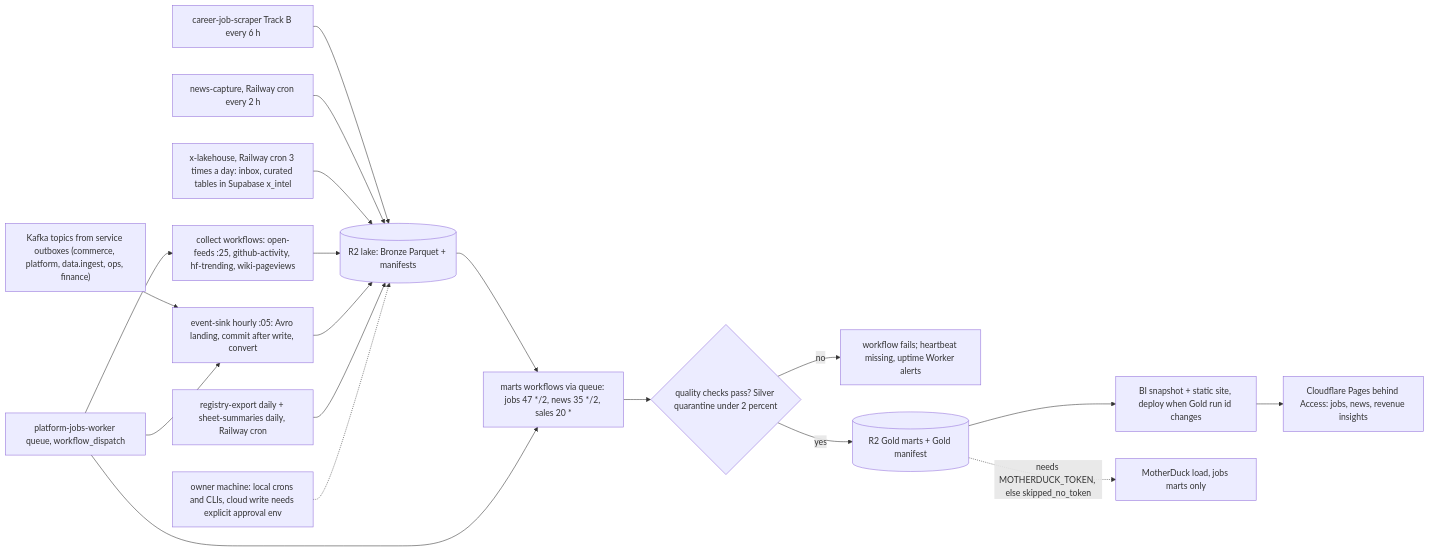
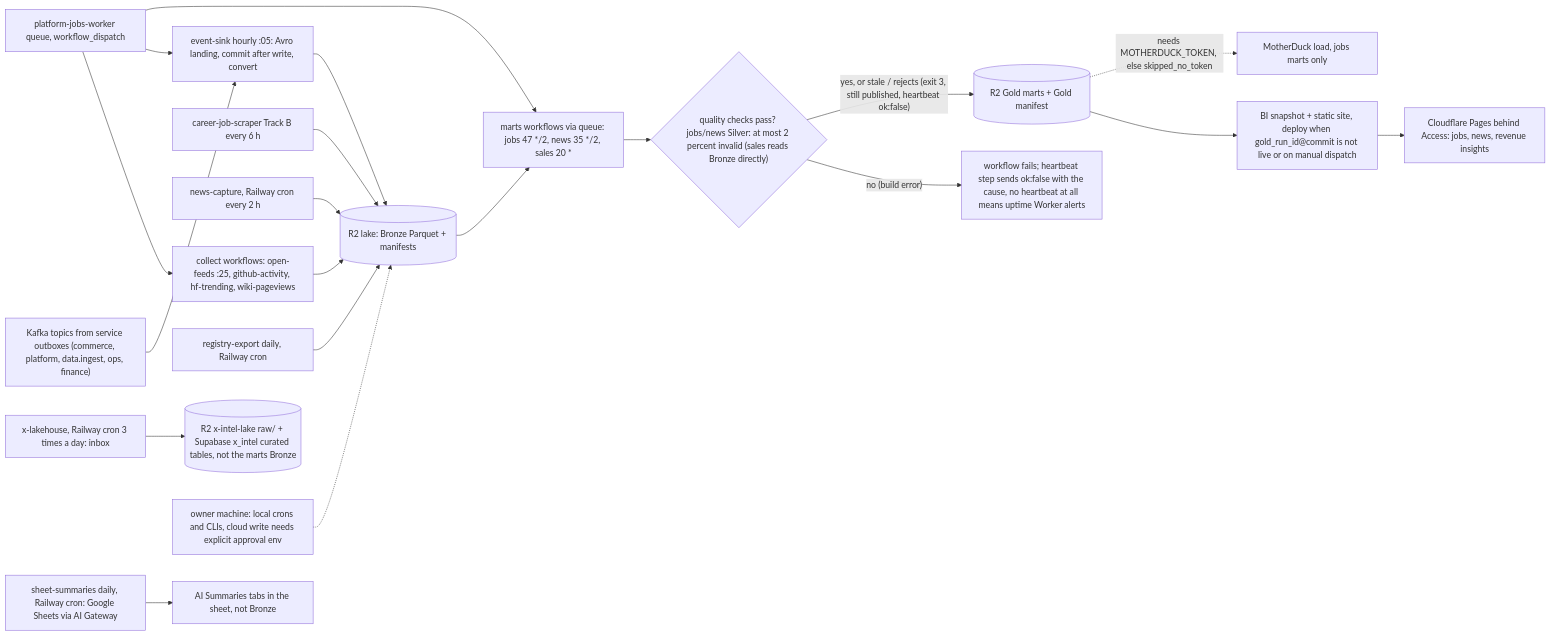
Before and after one commit to bookchaowalit/data-lake-pipelines: the first of 2 diagrams in docs/diagrams/01-business-process.md, drawn with Mermaid. The commit also changed other lines of this file, not shown here.

Commit message:
docs: correct As-Is/To-Be facts from review (01-business-process)

````diff
--- a/docs/diagrams/01-business-process.md
+++ b/docs/diagrams/01-business-process.md
@@ -9,21 +9,22 @@
 ```mermaid
 flowchart LR
   JQ["platform-jobs-worker queue, workflow_dispatch"] --> CAP["collect workflows: open-feeds :25, github-activity, hf-trending, wiki-pageviews"]
   KAFKA["Kafka topics from service outboxes (commerce, platform, data.ingest, ops, finance)"] --> SINK["event-sink hourly :05: Avro landing, commit after write, convert"]
   JQ --> SINK
   TRB["career-job-scraper Track B every 6 h"] --> BRONZE
   NEWS["news-capture, Railway cron every 2 h"] --> BRONZE
-  XL["x-lakehouse, Railway cron 3 times a day: inbox, curated tables in Supabase x_intel"] --> BRONZE
+  XL["x-lakehouse, Railway cron 3 times a day: inbox"] --> XLAKE[("R2 x-intel-lake raw/ + Supabase x_intel curated tables, not the marts Bronze")]
   CAP --> BRONZE[("R2 lake: Bronze Parquet + manifests")]
   SINK --> BRONZE
   BRONZE --> MARTS["marts workflows via queue: jobs 47 */2, news 35 */2, sales 20 *"]
   JQ --> MARTS
-  MARTS --> GATE{"quality checks pass? Silver quarantine under 2 percent"}
-  GATE -->|no| FAIL["workflow fails; heartbeat missing, uptime Worker alerts"]
-  GATE -->|yes| GOLD[("R2 Gold marts + Gold manifest")]
-  GOLD --> BI["BI snapshot + static site, deploy when Gold run id changes"]
+  MARTS --> GATE{"quality checks pass? jobs/news Silver: at most 2 percent invalid (sales reads Bronze directly)"}
+  GATE -->|"no (build error)"| FAIL["workflow fails; heartbeat step sends ok:false with the cause, no heartbeat at all means uptime Worker alerts"]
+  GATE -->|"yes, or stale / rejects (exit 3, still published, heartbeat ok:false)"| GOLD[("R2 Gold marts + Gold manifest")]
+  GOLD --> BI["BI snapshot + static site, deploy when gold_run_id@commit is not live or on manual dispatch"]
   BI --> PAGES["Cloudflare Pages behind Access: jobs, news, revenue insights"]
   GOLD -.->|"needs MOTHERDUCK_TOKEN, else skipped_no_token"| MD["MotherDuck load, jobs marts only"]
-  REG["registry-export daily + sheet-summaries daily, Railway cron"] --> BRONZE
+  REG["registry-export daily, Railway cron"] --> BRONZE
+  SHEETS["sheet-summaries daily, Railway cron: Google Sheets via AI Gateway"] --> SUMTABS["AI Summaries tabs in the sheet, not Bronze"]
   OWNER["owner machine: local crons and CLIs, cloud write needs explicit approval env"] -.-> BRONZE
 ```
````
